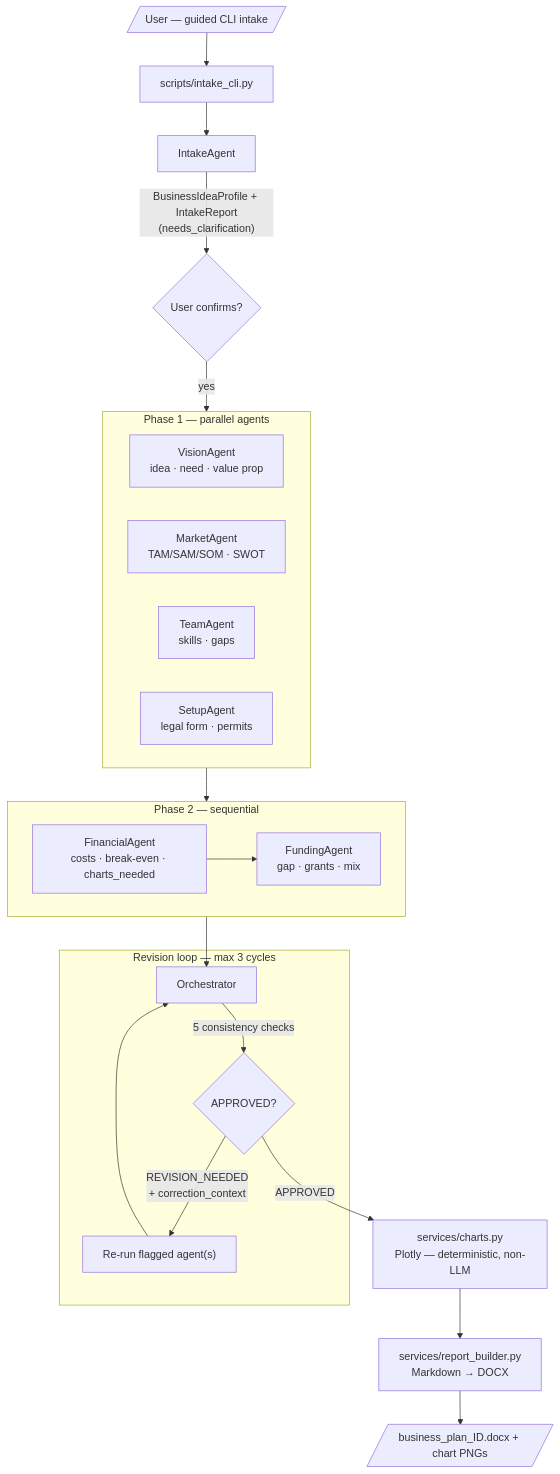
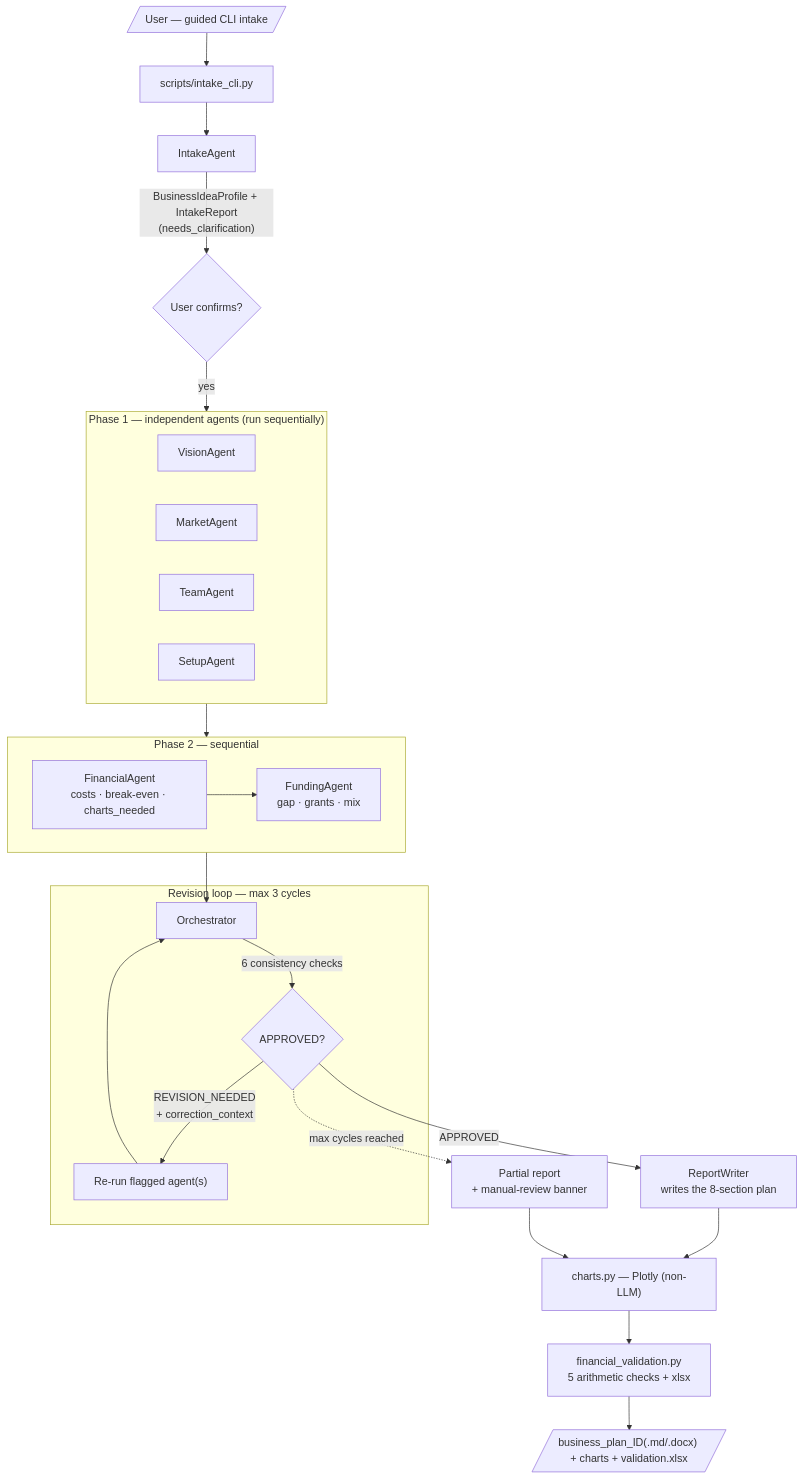
Before and after one commit to VicDc/BusinessPlan_AlanAgent: the first of 2 diagrams in README.md, drawn with Mermaid. The commit also changed other lines of this file and 9 other files, not shown here.

````diff
--- a/README.md
+++ b/README.md
@@ -41,36 +51,39 @@
 ```mermaid
 flowchart TD
     U[/"User — guided CLI intake"/] --> IC["scripts/intake_cli.py"]
     IC --> IA["IntakeAgent"]
     IA -->|"BusinessIdeaProfile + IntakeReport<br/>(needs_clarification)"| CONF{"User confirms?"}
     CONF -->|yes| P1
 
-    subgraph P1["Phase 1 — parallel agents"]
+    subgraph P1["Phase 1 — independent agents (run sequentially)"]
         direction LR
-        VA["VisionAgent<br/>idea · need · value prop"]
-        MA["MarketAgent<br/>TAM/SAM/SOM · SWOT"]
-        TA["TeamAgent<br/>skills · gaps"]
-        SA["SetupAgent<br/>legal form · permits"]
+        VA["VisionAgent"]
+        MA["MarketAgent"]
+        TA["TeamAgent"]
+        SA["SetupAgent"]
     end
 
     P1 --> P2
 
     subgraph P2["Phase 2 — sequential"]
         direction LR
         FA["FinancialAgent<br/>costs · break-even · charts_needed"]
         FU["FundingAgent<br/>gap · grants · mix"]
     end
     FA --> FU
 
     P2 --> ORCH["Orchestrator"]
 
     subgraph LOOP["Revision loop — max 3 cycles"]
-        ORCH -->|"5 consistency checks"| DEC{"APPROVED?"}
+        ORCH -->|"6 consistency checks"| DEC{"APPROVED?"}
         DEC -->|"REVISION_NEEDED<br/>+ correction_context"| RETRY["Re-run flagged agent(s)"]
         RETRY --> ORCH
     end
 
-    DEC -->|"APPROVED"| CHARTS["services/charts.py<br/>Plotly — deterministic, non-LLM"]
-    CHARTS --> DOCX["services/report_builder.py<br/>Markdown → DOCX"]
-    DOCX --> OUT[/"business_plan_ID.docx + chart PNGs"/]
+    DEC -->|"APPROVED"| RW["ReportWriter<br/>writes the 8-section plan"]
+    DEC -.->|"max cycles reached"| PART["Partial report<br/>+ manual-review banner"]
+    RW --> CHARTS["charts.py — Plotly (non-LLM)"]
+    PART --> CHARTS
+    CHARTS --> VAL["financial_validation.py<br/>5 arithmetic checks + xlsx"]
+    VAL --> OUT[/"business_plan_ID(.md/.docx) + charts + validation.xlsx"/]
 ```
````
